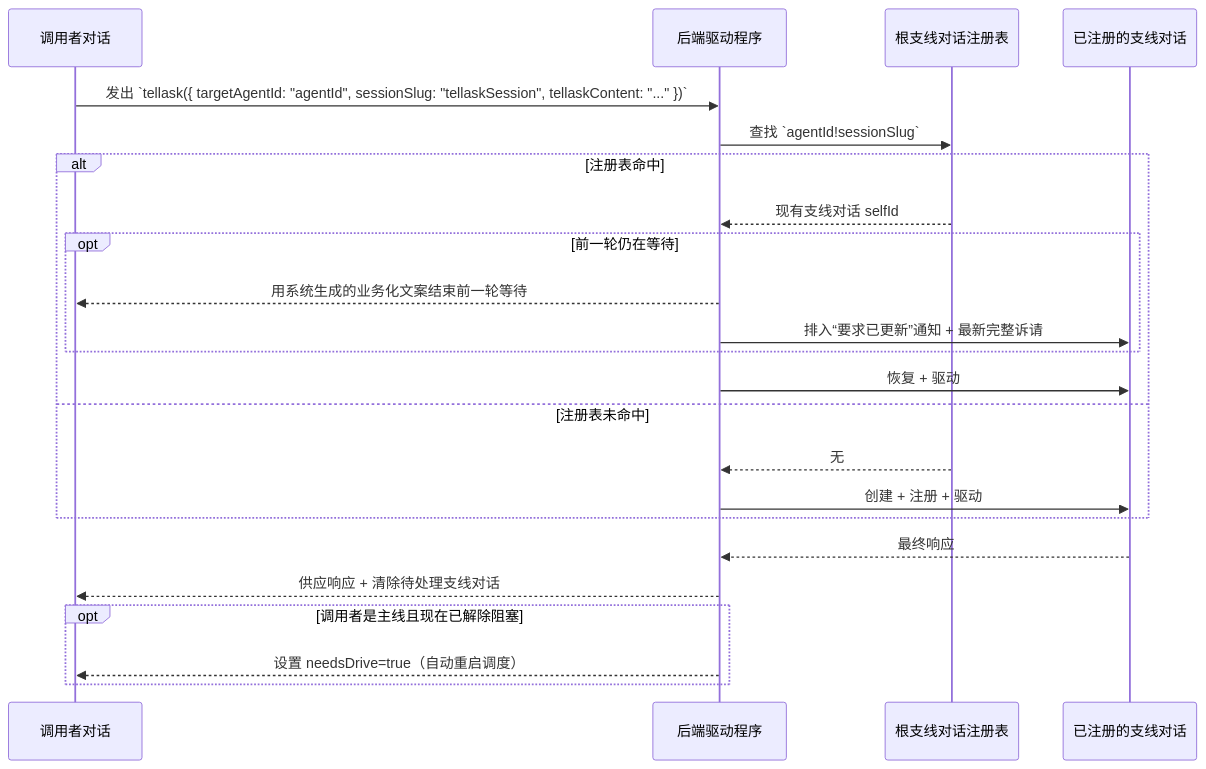
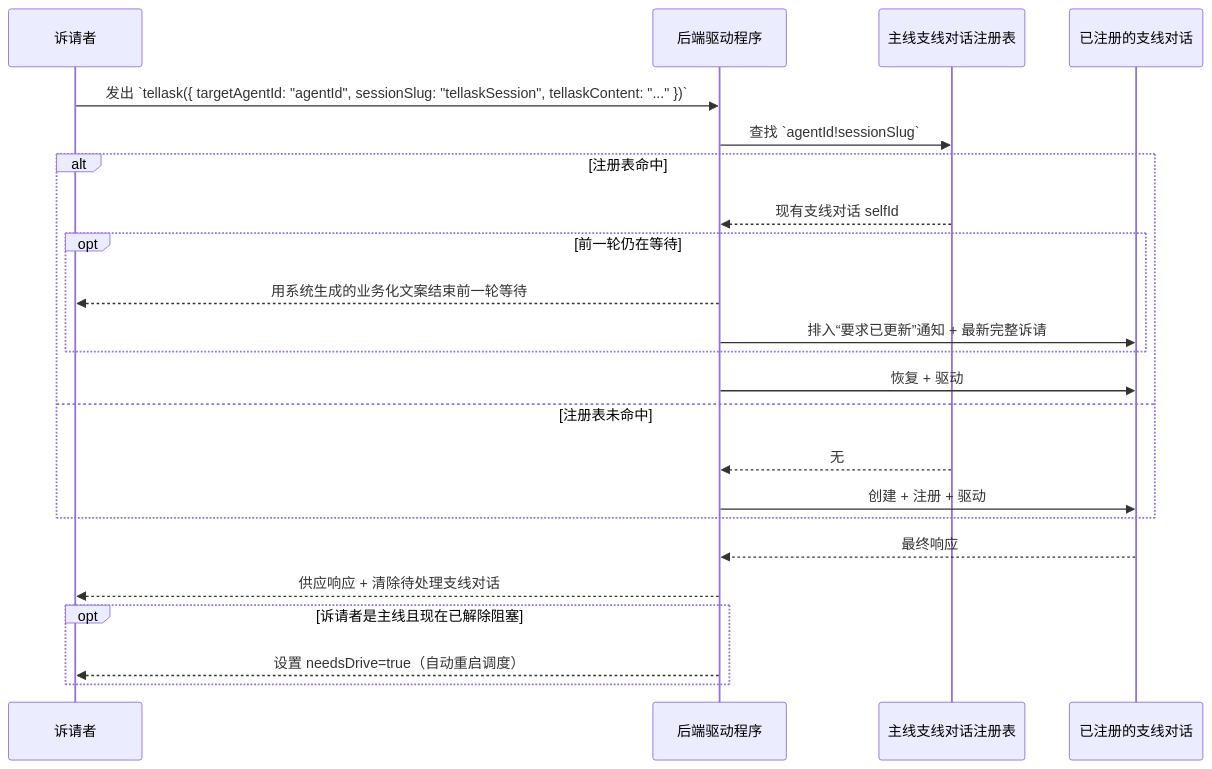
Before and after one commit to longrun-ai/dominds: diagram 12 of 19 in docs/dialog-system.zh.md, drawn with Mermaid. The commit also changed other lines of this file and 105 other files, not shown here.

````diff
--- a/docs/dialog-system.zh.md
+++ b/docs/dialog-system.zh.md
@@ -1257,26 +1255,26 @@
 ```mermaid
 sequenceDiagram
-  participant Caller as 调用者对话
+  participant Requester as 诉请者
   participant Driver as 后端驱动程序
-  participant Reg as 根支线对话注册表
+  participant Reg as 主线支线对话注册表
   participant Side as 已注册的支线对话
 
-  Caller->>Driver: 发出 `tellask({ targetAgentId: "agentId", sessionSlug: "tellaskSession", tellaskContent: "..." })`
+  Requester->>Driver: 发出 `tellask({ targetAgentId: "agentId", sessionSlug: "tellaskSession", tellaskContent: "..." })`
   Driver->>Reg: 查找 `agentId!sessionSlug`
   alt 注册表命中
     Reg-->>Driver: 现有支线对话 selfId
     opt 前一轮仍在等待
-      Driver-->>Caller: 用系统生成的业务化文案结束前一轮等待
+      Driver-->>Requester: 用系统生成的业务化文案结束前一轮等待
       Driver->>Side: 排入“要求已更新”通知 + 最新完整诉请
     end
     Driver->>Side: 恢复 + 驱动
   else 注册表未命中
     Reg-->>Driver: 无
     Driver->>Side: 创建 + 注册 + 驱动
   end
   Side-->>Driver: 最终响应
-  Driver-->>Caller: 供应响应 + 清除待处理支线对话
-  opt 调用者是主线且现在已解除阻塞
-    Driver-->>Caller: 设置 needsDrive=true（自动重启调度）
+  Driver-->>Requester: 供应响应 + 清除待处理支线对话
+  opt 诉请者是主线且现在已解除阻塞
+    Driver-->>Requester: 设置 needsDrive=true（自动重启调度）
   end
 ```
````
